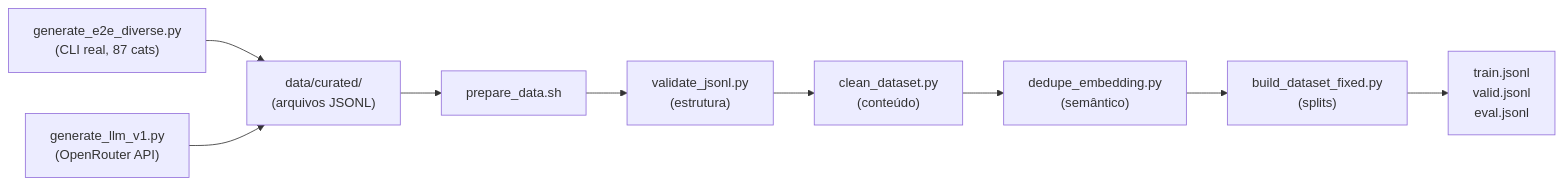
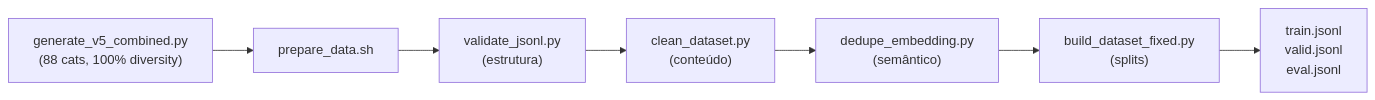
One commit to otavio-lemos/olia-2-oci changed the second of 2 diagrams in README.md. Above: the diagram before and after it, drawn with Mermaid. The commit also changed other lines of this file and 100 other files, not shown here.

````diff
--- a/README.md
+++ b/README.md
@@ -145,11 +145,9 @@
 ```mermaid
 flowchart LR
-    A1["generate_e2e_diverse.py\n(CLI real, 87 cats)"] --> C
-    A2["generate_llm_v1.py\n(OpenRouter API)"] --> C
-    C["data/curated/\n(arquivos JSONL)"] --> D["prepare_data.sh"]
+    A1["generate_v5_combined.py\n(88 cats, 100% diversity)"] --> D["prepare_data.sh"]
     D --> E["validate_jsonl.py\n(estrutura)"]
     E --> F["clean_dataset.py\n(conteúdo)"]
     F --> G["dedupe_embedding.py\n(semântico)"]
     G --> H["build_dataset_fixed.py\n(splits)"]
     H --> I["train.jsonl\nvalid.jsonl\neval.jsonl"]
 ```
````
